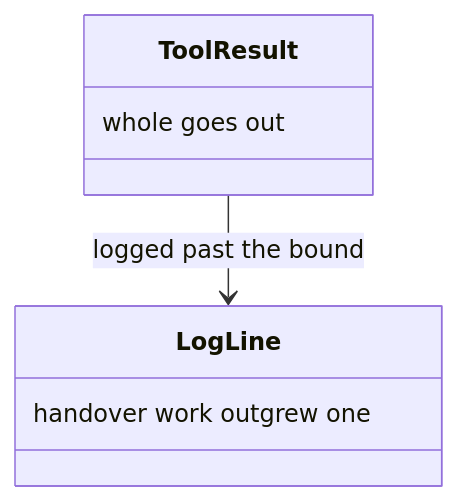
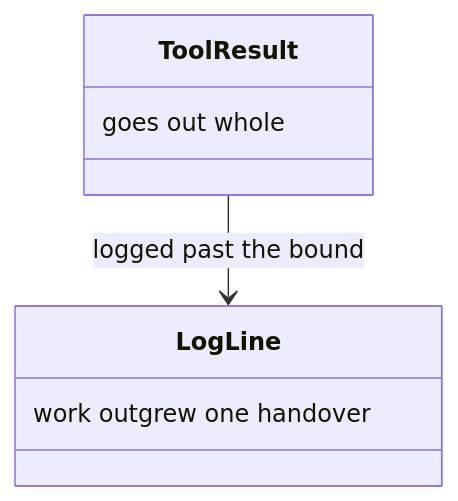
Before and after one commit to m2ux/workflow-server: diagram 18 of 26 in docs/delivery.md, drawn with Mermaid. The commit also changed other lines of this file and 10 other files, not shown here.

Commit message:
Write each class-box note in reading order so the diagram shows the phrase as written.

````diff
--- a/docs/delivery.md
+++ b/docs/delivery.md
@@ -463,10 +463,10 @@
 ```mermaid
 classDiagram
   class ToolResult {
-    whole goes out
+    goes out whole
   }
   class LogLine {
-    handover work outgrew one
+    work outgrew one handover
   }
   ToolResult --> LogLine : logged past the bound
 ```
````
